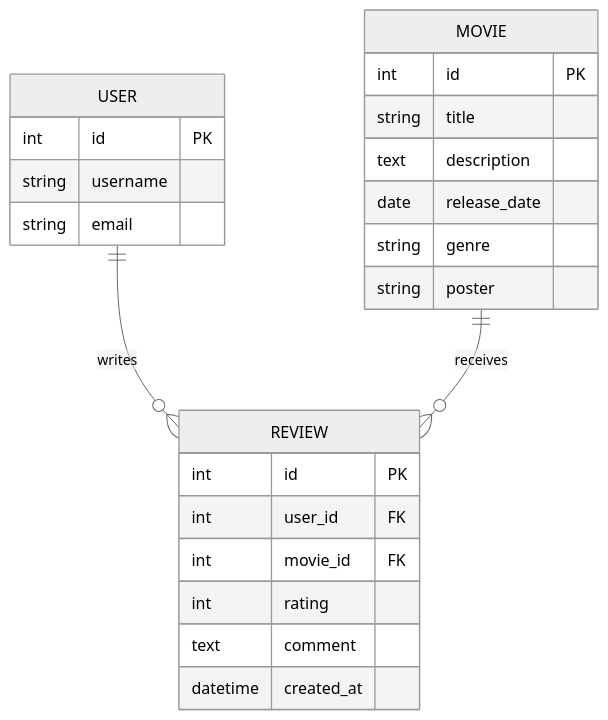
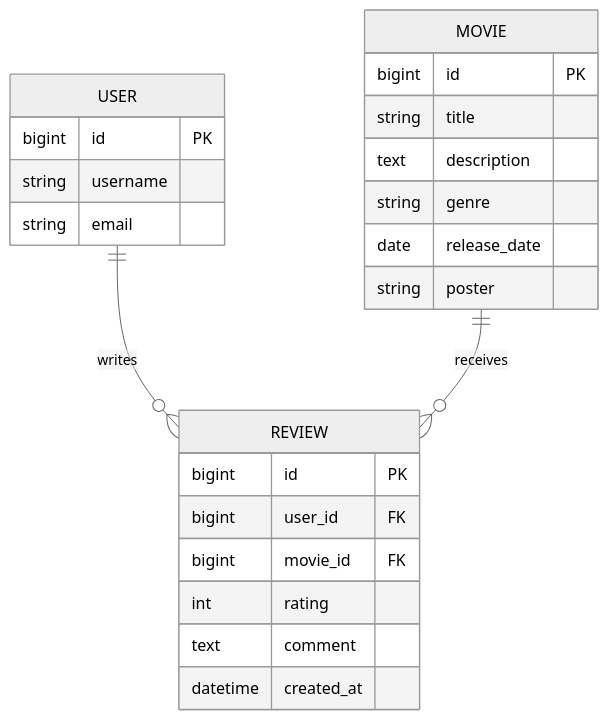
One commit to satyammishra8-1/CineRate changed the second of 2 diagrams in README.md. Above: the diagram before and after it, drawn with Mermaid (neutral theme). The commit also changed other lines of this file, not shown here.

````diff
--- a/README.md
+++ b/README.md
@@ -122,29 +115,29 @@
 ```mermaid
 erDiagram
     USER ||--o{ REVIEW : writes
     MOVIE ||--o{ REVIEW : receives
 
     USER {
-        int id PK
+        bigint id PK
         string username
         string email
     }
 
     MOVIE {
-        int id PK
+        bigint id PK
         string title
         text description
+        string genre
         date release_date
-        string genre
         string poster
     }
 
     REVIEW {
-        int id PK
-        int user_id FK
-        int movie_id FK
+        bigint id PK
+        bigint user_id FK
+        bigint movie_id FK
         int rating
         text comment
         datetime created_at
     }
 ```
````
